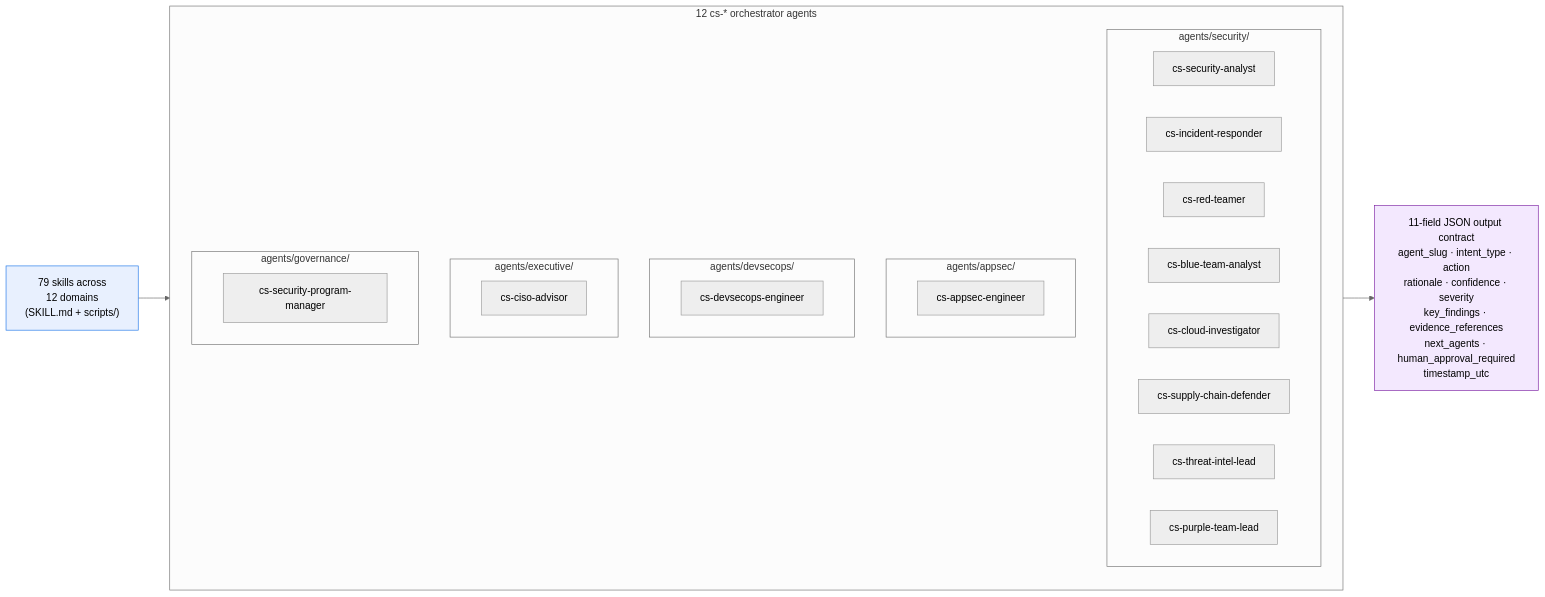
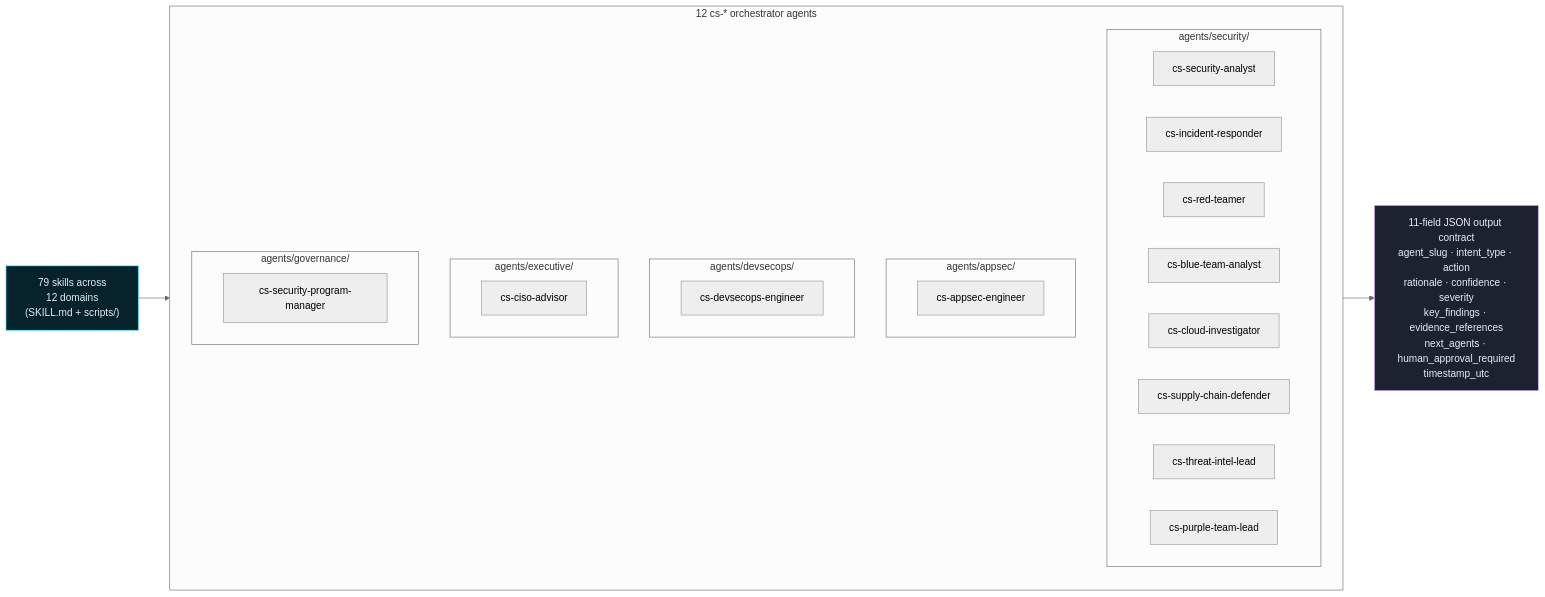
The diagram in README.md (jaskaranhundal/usap-skills), drawn with Mermaid (neutral theme) before and after one commit. The commit also changed other lines of this file and 3 other files, not shown here.

First line of the commit message:
feat(readme): apply Signal Architecture design language to README

````diff
--- a/README.md
+++ b/README.md
@@ -13,33 +37,33 @@
 ```mermaid
 flowchart LR
     SK["79 skills across<br/>12 domains<br/>(SKILL.md + scripts/)"]:::skill --> A
     subgraph A ["12 cs-* orchestrator agents"]
         direction TB
         subgraph S ["agents/security/"]
             S1[cs-security-analyst]
             S2[cs-incident-responder]
             S3[cs-red-teamer]
             S4[cs-blue-team-analyst]
             S5[cs-cloud-investigator]
             S6[cs-supply-chain-defender]
             S7[cs-threat-intel-lead]
             S8[cs-purple-team-lead]
         end
         subgraph P ["agents/appsec/"]
             P1[cs-appsec-engineer]
         end
         subgraph D ["agents/devsecops/"]
             D1[cs-devsecops-engineer]
         end
         subgraph E ["agents/executive/"]
             E1[cs-ciso-advisor]
         end
         subgraph G ["agents/governance/"]
             G1[cs-security-program-manager]
         end
     end
     A --> OUT["11-field JSON output contract<br/>agent_slug · intent_type · action<br/>rationale · confidence · severity<br/>key_findings · evidence_references<br/>next_agents · human_approval_required<br/>timestamp_utc"]:::out
 
-    classDef skill fill:#e8f0fe,stroke:#1a73e8,stroke-width:1px,color:#000
-    classDef out fill:#f3e8fe,stroke:#7b1fa2,stroke-width:1px,color:#000
+    classDef skill fill:#06222b,stroke:#29d3f0,stroke-width:1px,color:#e6edf3
+    classDef out fill:#1c2230,stroke:#d2a8ff,stroke-width:1px,color:#e6edf3
 ```
````
